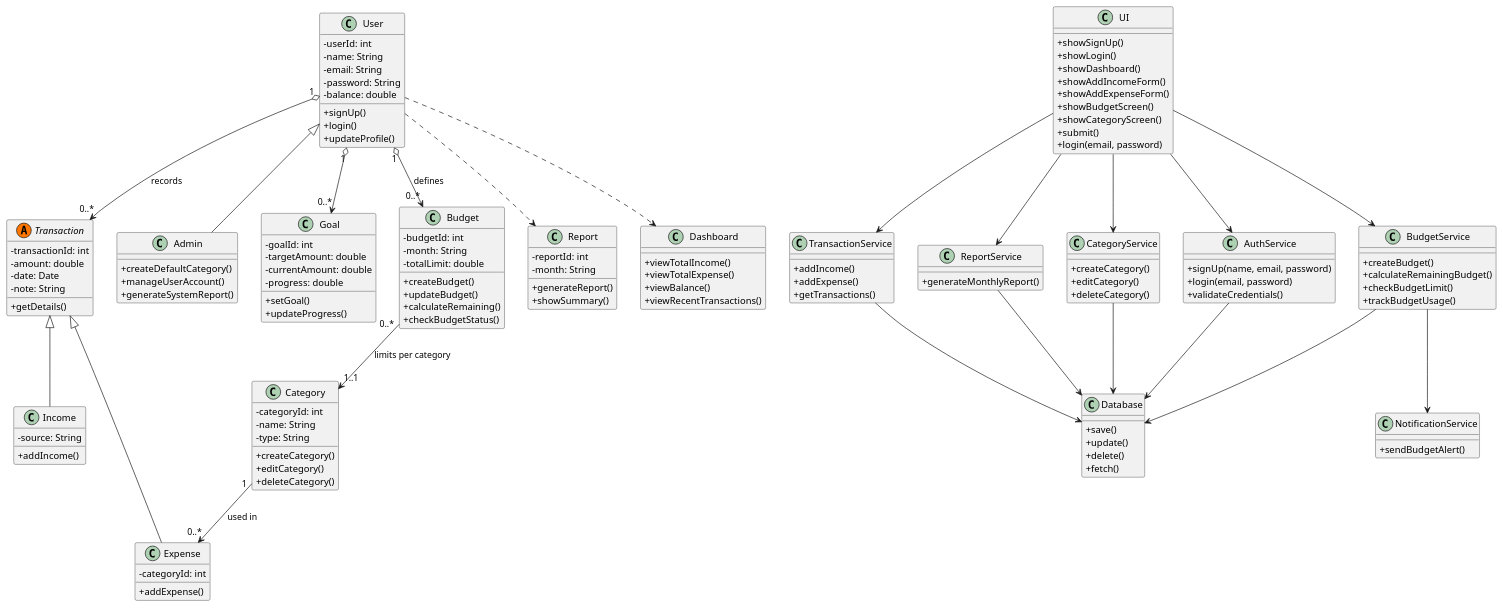
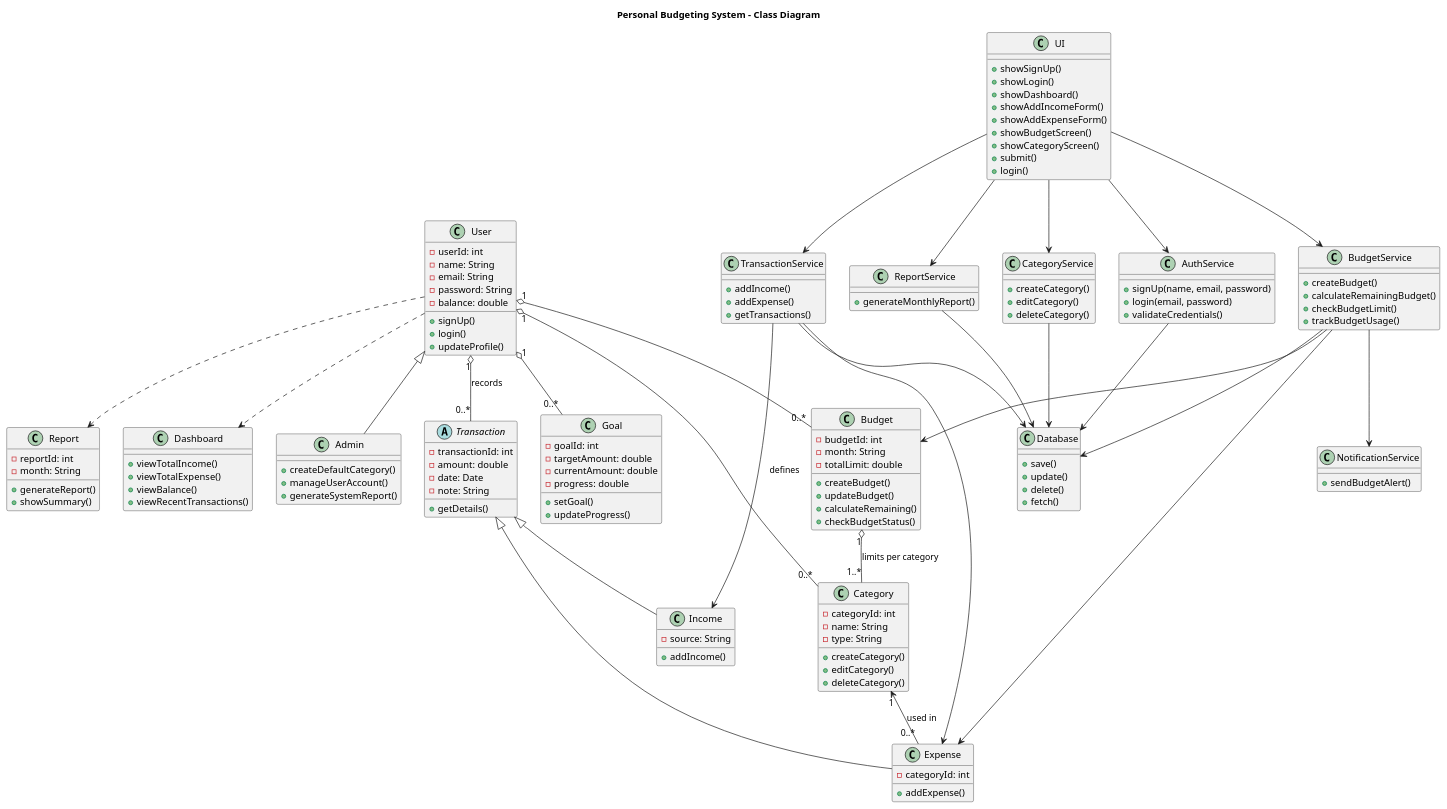
The diagram in docs/UMLs/class_diagram.plantuml (moabdulhakim/budgeting), drawn with PlantUML before and after one commit. The commit also changed 2 other files, not shown here.

Commit message:
docs: upload class diagram and system-architecture diagram v1.0

```diff
--- a/docs/UMLs/class_diagram.plantuml
+++ b/docs/UMLs/class_diagram.plantuml
@@ -1,57 +1,9 @@
 @startuml
-skinparam classAttributeIconSize 0
+title Personal Budgeting System - Class Diagram
 
-class UI {
-  + showSignUp()
-  + showLogin()
-  + showDashboard()
-  + showAddIncomeForm()
-  + showAddExpenseForm()
-  + showBudgetScreen()
-  + showCategoryScreen()
-  + submit()
-  + login(email, password)
-}
-
-class TransactionService {
-  + addIncome()
-  + addExpense()
-  + getTransactions()
-}
-
-class ReportService {
-  + generateMonthlyReport()
-}
-
-class CategoryService {
-  + createCategory()
-  + editCategory()
-  + deleteCategory()
-}
-
-class AuthService {
-  + signUp(name, email, password)
-  + login(email, password)
-  + validateCredentials()
-}
-
-class BudgetService {
-  + createBudget()
-  + calculateRemainingBudget()
-  + checkBudgetLimit()
-  + trackBudgetUsage()
-}
-
-class NotificationService {
-  + sendBudgetAlert()
-}
-
-class Database {
-  + save()
-  + update()
-  + delete()
-  + fetch()
-}
+'======================
+' USERS
+'======================
 
 class User {
   - userId: int
@@ -59,6 +11,7 @@
   - email: String
   - password: String
   - balance: double
+
   + signUp()
   + login()
   + updateProfile()
@@ -70,55 +23,102 @@
   + generateSystemReport()
 }
 
-abstract class Transaction << (A,#FF7700) >> {
+User <|-- Admin
+
+
+'======================
+' TRANSACTIONS
+'======================
+
+abstract class Transaction {
   - transactionId: int
   - amount: double
   - date: Date
   - note: String
+
   + getDetails()
 }
+
+class Income {
+  - source: String
+
+  + addIncome()
+}
+
+class Expense {
+  - categoryId: int
+
+  + addExpense()
+}
+
+Transaction <|-- Income
+Transaction <|-- Expense
+
+User "1" o-- "0..*" Transaction : records
+
+
+'======================
+' CATEGORY
+'======================
+
+class Category {
+  - categoryId: int
+  - name: String
+  - type: String
+
+  + createCategory()
+  + editCategory()
+  + deleteCategory()
+}
+
+User "1" o-- "0..*" Category : defines
+Category "1" <-- "0..*" Expense : used in
+
+
+'======================
+' BUDGET
+'======================
+
+class Budget {
+  - budgetId: int
+  - month: String
+  - totalLimit: double
+
+  + createBudget()
+  + updateBudget()
+  + calculateRemaining()
+  + checkBudgetStatus()
+}
+
+User "1" o-- "0..*" Budget
+Budget "1" o-- "1..*" Category : limits per category
+
+
+'======================
+' GOALS
+'======================
 
 class Goal {
   - goalId: int
   - targetAmount: double
   - currentAmount: double
   - progress: double
+
   + setGoal()
   + updateProgress()
 }
 
-class Budget {
-  - budgetId: int
-  - month: String
-  - totalLimit: double
-  + createBudget()
-  + updateBudget()
-  + calculateRemaining()
-  + checkBudgetStatus()
-}
+User "1" o-- "0..*" Goal
 
-class Category {
-  - categoryId: int
-  - name: String
-  - type: String
-  + createCategory()
-  + editCategory()
-  + deleteCategory()
-}
 
-class Income {
-  - source: String
-  + addIncome()
-}
-
-class Expense {
-  - categoryId: int
-  + addExpense()
-}
+'======================
+' REPORTS & DASHBOARD
+'======================
 
 class Report {
   - reportId: int
   - month: String
+
   + generateReport()
   + showSummary()
 }
@@ -130,34 +130,97 @@
   + viewRecentTransactions()
 }
 
-' ================= Relationships =================
+User ..> Dashboard
+User ..> Report
 
+
+'======================
+' SERVICES (BUSINESS LOGIC LAYER)
+'======================
+
+class AuthService {
+  + signUp(name, email, password)
+  + login(email, password)
+  + validateCredentials()
+}
+
+class TransactionService {
+  + addIncome()
+  + addExpense()
+  + getTransactions()
+}
+
+class CategoryService {
+  + createCategory()
+  + editCategory()
+  + deleteCategory()
+}
+
+class BudgetService {
+  + createBudget()
+  + calculateRemainingBudget()
+  + checkBudgetLimit()
+  + trackBudgetUsage()
+}
+
+class ReportService {
+  + generateMonthlyReport()
+}
+
+class NotificationService {
+  + sendBudgetAlert()
+}
+
+
+'======================
+' DATABASE
+'======================
+
+class Database {
+  + save()
+  + update()
+  + delete()
+  + fetch()
+}
+
+AuthService --> Database
+TransactionService --> Database
+CategoryService --> Database
+BudgetService --> Database
+ReportService --> Database
+
+
+'======================
+' UI LAYER
+'======================
+
+class UI {
+  + showSignUp()
+  + showLogin()
+  + showDashboard()
+  + showAddIncomeForm()
+  + showAddExpenseForm()
+  + showBudgetScreen()
+  + showCategoryScreen()  
+  + submit()             
+  + login()              
+}
+
+UI --> AuthService
 UI --> TransactionService
+UI --> BudgetService
+UI --> CategoryService
 UI --> ReportService
-UI --> CategoryService
-UI --> AuthService
-UI --> BudgetService
 
-TransactionService --> Database
-ReportService --> Database
-CategoryService --> Database
-AuthService --> Database
-BudgetService --> Database
 
+'======================
+' RELATIONSHIPS (KEY LOGIC LINKS)
+'======================
+
+BudgetService --> Budget
+BudgetService --> Expense
+TransactionService --> Income
+TransactionService --> Expense
 BudgetService --> NotificationService
 
-Admin -up-|> User
-Income -up-|> Transaction
-Expense -up-|> Transaction
-
-User "1" o--> "0..*" Transaction : records
-User "1" o--> "0..*" Goal 
-User "1" o--> "0..*" Budget : defines
-
-Budget "0..*" --> "1..1" Category : limits per category
-Category "1" --> "0..*" Expense : used in
-
-User ..> Report
-User ..> Dashboard
-
 @enduml
```
